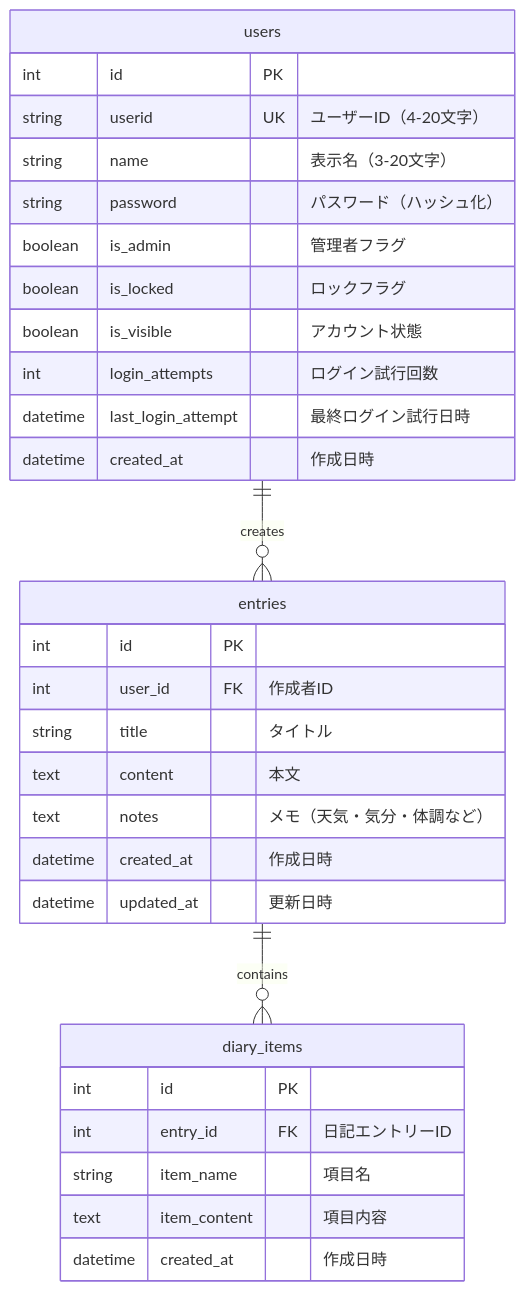
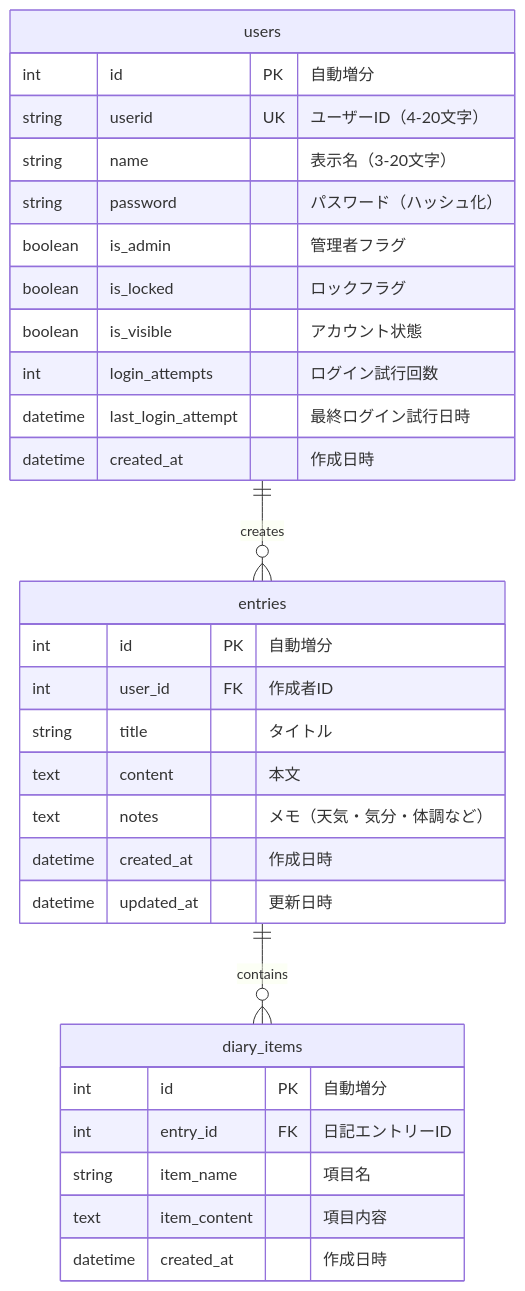
The seventh of 10 diagrams in docs/diagrams_ja.md (sougetuOte/LifeLog), drawn with Mermaid before and after one commit. The commit also changed other lines of this file and 5 other files, not shown here.

````diff
--- a/docs/diagrams_ja.md
+++ b/docs/diagrams_ja.md
@@ -222,36 +227,36 @@
 ```mermaid
 erDiagram
     users {
-        int id PK
+        int id PK "自動増分"
         string userid UK "ユーザーID（4-20文字）"
         string name "表示名（3-20文字）"
         string password "パスワード（ハッシュ化）"
         boolean is_admin "管理者フラグ"
         boolean is_locked "ロックフラグ"
         boolean is_visible "アカウント状態"
         int login_attempts "ログイン試行回数"
         datetime last_login_attempt "最終ログイン試行日時"
         datetime created_at "作成日時"
     }
 
     entries {
-        int id PK
+        int id PK "自動増分"
         int user_id FK "作成者ID"
         string title "タイトル"
         text content "本文"
         text notes "メモ（天気・気分・体調など）"
         datetime created_at "作成日時"
         datetime updated_at "更新日時"
     }
 
     diary_items {
-        int id PK
+        int id PK "自動増分"
         int entry_id FK "日記エントリーID"
         string item_name "項目名"
         text item_content "項目内容"
         datetime created_at "作成日時"
     }
 
     users ||--o{ entries : "creates"
     entries ||--o{ diary_items : "contains"
 ```
````
